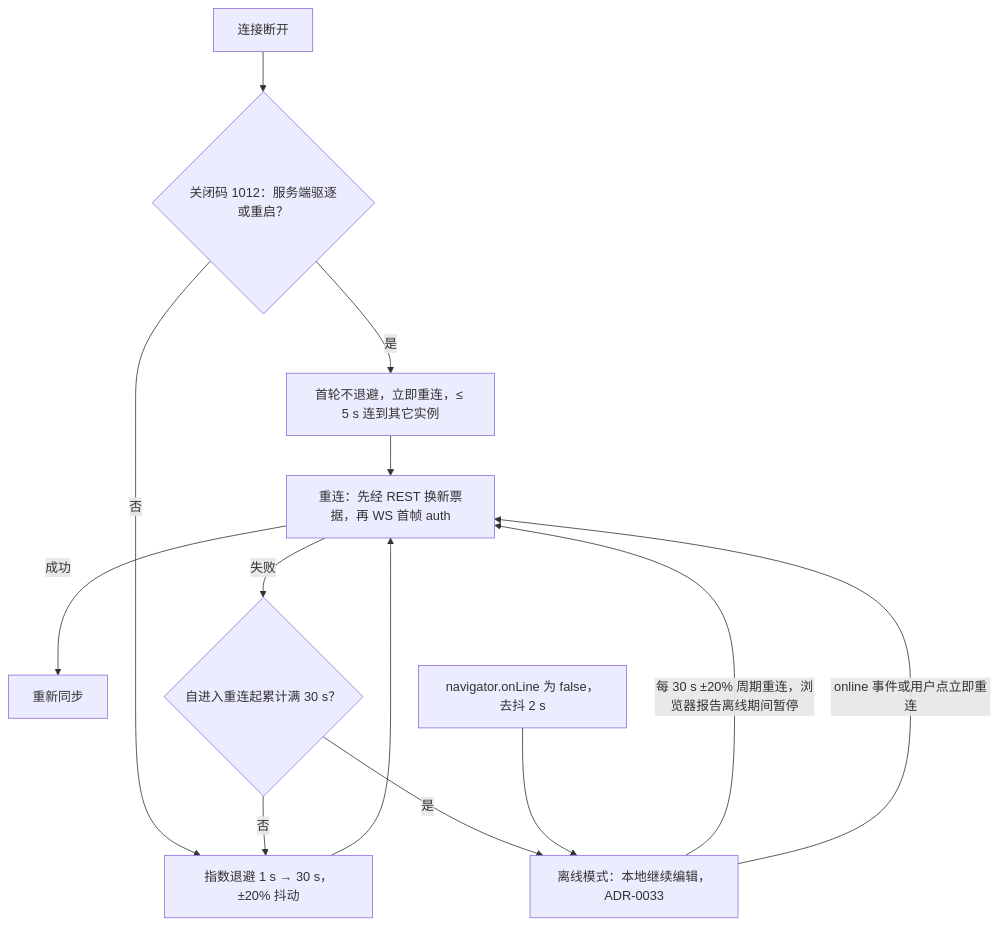
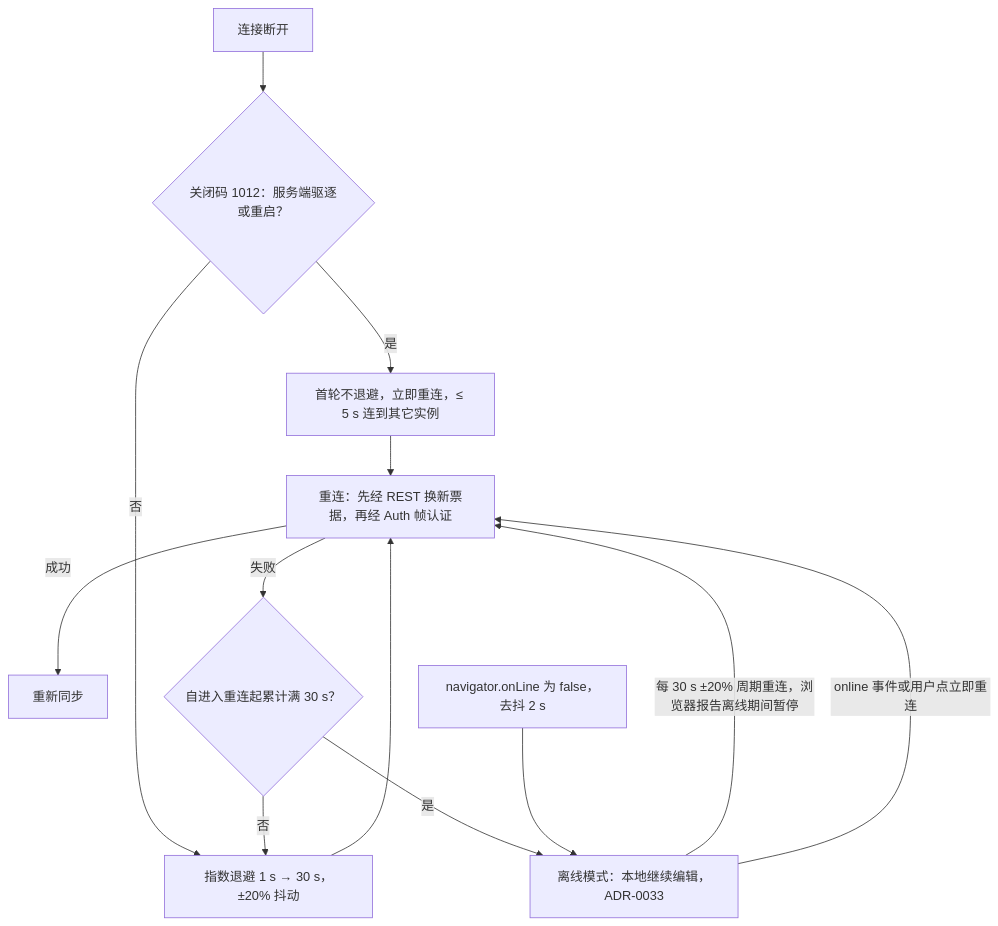
Before and after one commit to Xeonice/cordis-ppt-editor: the second of 2 diagrams in docs/30-architecture/adr/0023-transport-and-protocol.md, drawn with Mermaid. The commit also changed other lines of this file and 78 other files, not shown here.

````diff
--- a/docs/30-architecture/adr/0023-transport-and-protocol.md
+++ b/docs/30-architecture/adr/0023-transport-and-protocol.md
@@ -58,15 +61,15 @@
 ```mermaid
 flowchart TD
   drop["连接断开"] --> is1012{"关闭码 1012：服务端驱逐或重启？"}
   is1012 -- "是" --> immediate["首轮不退避，立即重连，≤ 5 s 连到其它实例"]
   is1012 -- "否" --> backoff["指数退避 1 s → 30 s，±20% 抖动"]
-  immediate --> reconnect["重连：先经 REST 换新票据，再 WS 首帧 auth"]
+  immediate --> reconnect["重连：先经 REST 换新票据，再经 Auth 帧认证"]
   backoff --> reconnect
   reconnect -- "成功" --> resync["重新同步"]
   reconnect -- "失败" --> elapsed{"自进入重连起累计满 30 s？"}
   elapsed -- "否" --> backoff
   elapsed -- "是" --> offline["离线模式：本地继续编辑，ADR-0033"]
   offlineEvt["navigator.onLine 为 false，去抖 2 s"] --> offline
   offline -- "每 30 s ±20% 周期重连，浏览器报告离线期间暂停" --> reconnect
   offline -- "online 事件或用户点立即重连" --> reconnect
 ```
````
